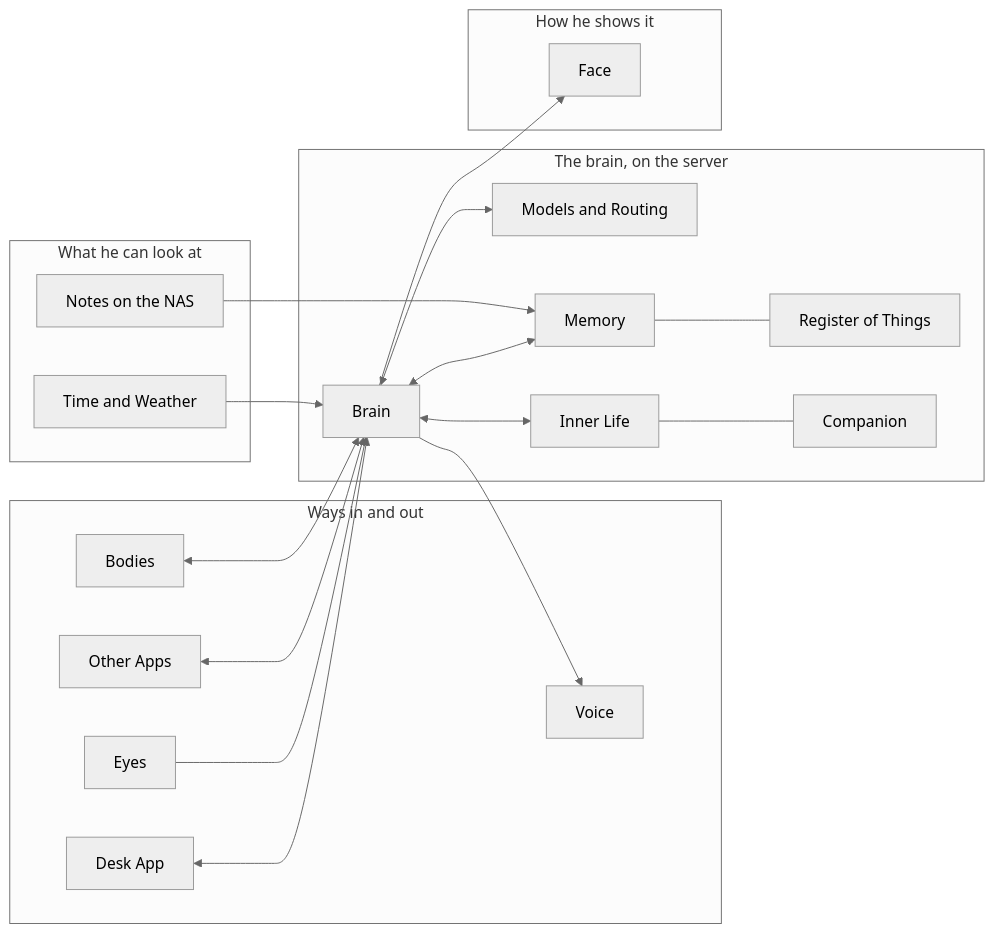
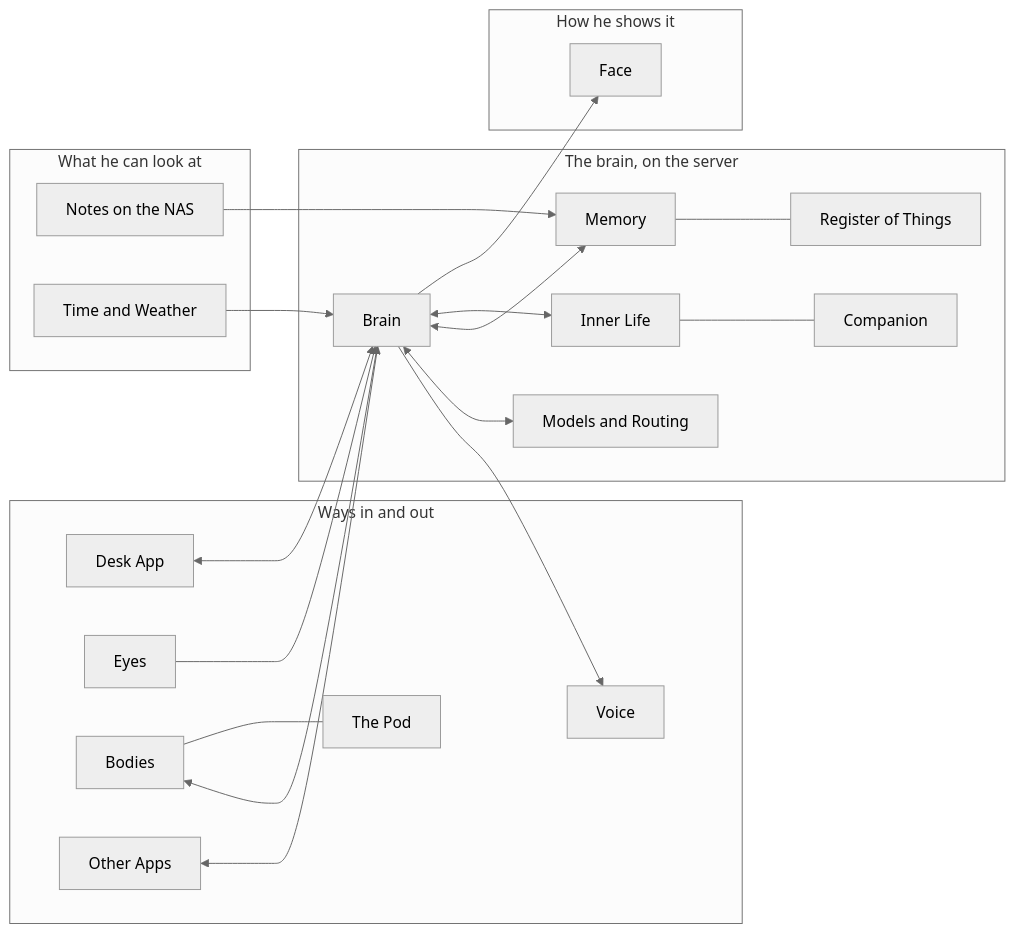
One commit to Senitage/Kit changed the diagram in docs/Home.md. Above: the diagram before and after it, drawn with Mermaid (neutral theme). The commit also changed other lines of this file and 91 other files, not shown here.

````diff
--- a/docs/Home.md
+++ b/docs/Home.md
@@ -35,39 +40,41 @@
 ```mermaid
 flowchart LR
     subgraph Ways["Ways in and out"]
         DeskApp["Desk App"]
         Eyes["Eyes"]
         Voice["Voice"]
         Bodies["Bodies"]
+        Pod["The Pod"]
         OtherApps["Other Apps"]
     end
     subgraph Mind["The brain, on the server"]
         Brain["Brain"]
         Routing["Models and Routing"]
         Memory["Memory"]
         Things["Register of Things"]
         Life["Inner Life"]
         Companion["Companion"]
     end
     subgraph Show["How he shows it"]
         Face["Face"]
     end
     subgraph World["What he can look at"]
         Notes["Notes on the NAS"]
         Weather["Time and Weather"]
     end
     DeskApp <--> Brain
     Eyes --> Brain
     Brain --> Voice
     OtherApps <--> Brain
     Bodies <--> Brain
+    Bodies --- Pod
     Brain <--> Routing
     Brain <--> Memory
     Memory --- Things
     Brain <--> Life
     Life --- Companion
     Brain --> Face
     Notes --> Memory
     Weather --> Brain
-    class DeskApp,Eyes,Voice,Bodies,OtherApps,Brain,Routing,Memory,Things,Life,Companion,Face,Notes,Weather internal-link
+    class DeskApp,Eyes,Voice,Bodies,Pod,OtherApps,Brain,Routing,Memory,Things,Life,Companion,Face,Notes,Weather internal-link
 ```
````
